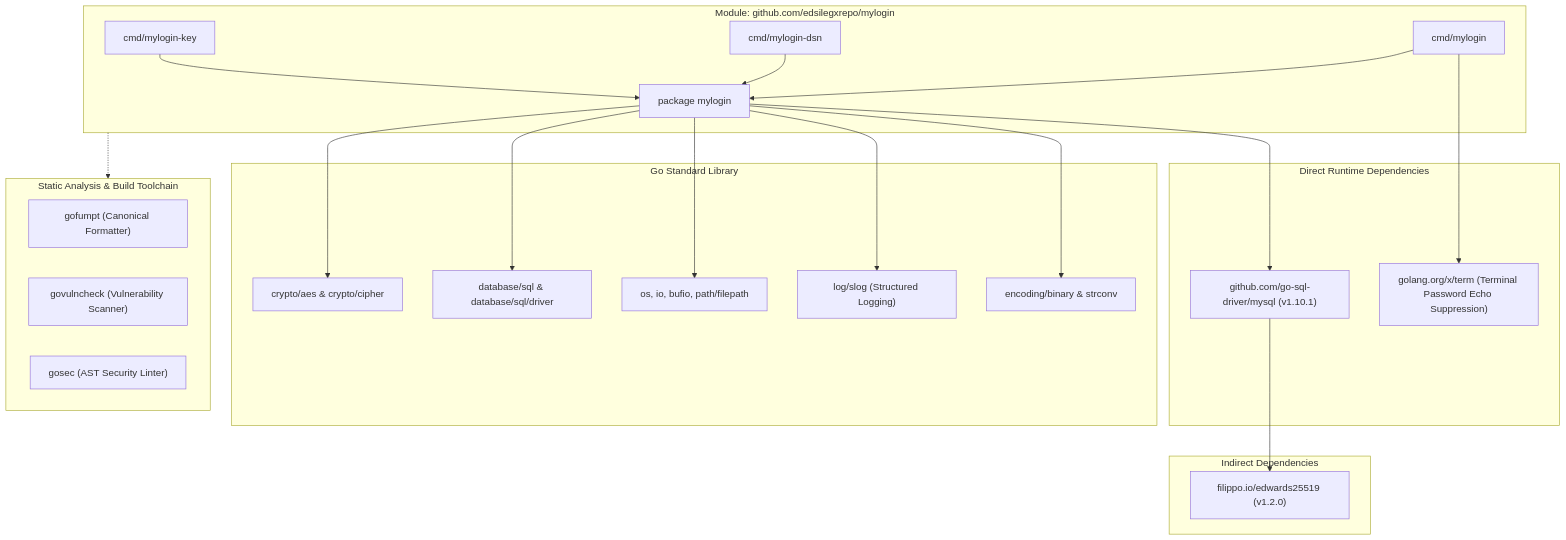
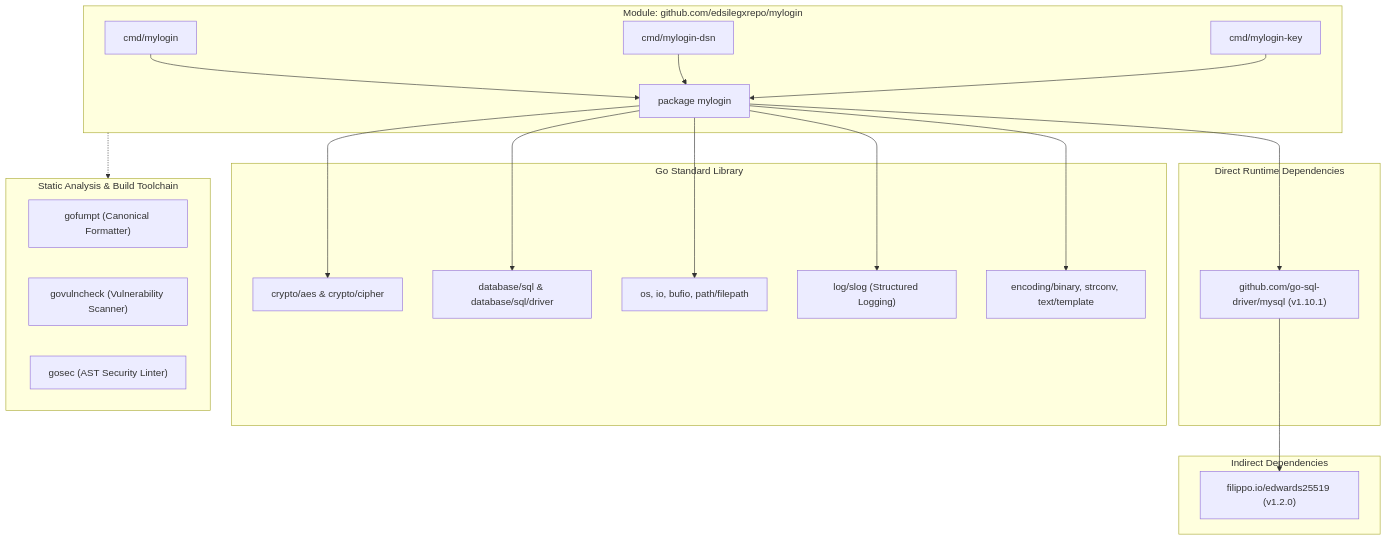
Before and after one commit to edsilegxrepo/mylogin: the third of 4 diagrams in ARCHITECTURE.md, drawn with Mermaid. The commit also changed other lines of this file and 2 other files, not shown here.

Commit message:
docs: reconcile README, ARCHITECTURE, and TESTING documentation with codebase

````diff
--- a/ARCHITECTURE.md
+++ b/ARCHITECTURE.md
@@ -220,45 +220,43 @@
 ```mermaid
 graph TD
     subgraph CoreRepo["Module: github.com/edsilegxrepo/mylogin"]
         RootPkg["package mylogin"]
         CmdMain["cmd/mylogin"]
         CmdDSN["cmd/mylogin-dsn"]
         CmdKey["cmd/mylogin-key"]
     end
 
     subgraph DirectDeps["Direct Runtime Dependencies"]
         D1["github.com/go-sql-driver/mysql (v1.10.1)"]
-        D2["golang.org/x/term (Terminal Password Echo Suppression)"]
     end
 
     subgraph IndirectDeps["Indirect Dependencies"]
         ID1["filippo.io/edwards25519 (v1.2.0)"]
     end
 
     subgraph StdLib["Go Standard Library"]
         SL1["crypto/aes & crypto/cipher"]
         SL2["database/sql & database/sql/driver"]
         SL3["os, io, bufio, path/filepath"]
         SL4["log/slog (Structured Logging)"]
-        SL5["encoding/binary & strconv"]
+        SL5["encoding/binary, strconv, text/template"]
     end
 
     subgraph BuildTools["Static Analysis & Build Toolchain"]
         BT1["gofumpt (Canonical Formatter)"]
         BT2["govulncheck (Vulnerability Scanner)"]
         BT3["gosec (AST Security Linter)"]
     end
 
     RootPkg --> SL1
     RootPkg --> SL2
     RootPkg --> SL3
     RootPkg --> SL4
     RootPkg --> SL5
     RootPkg --> D1
-    CmdMain --> D2
     CmdMain --> RootPkg
     CmdDSN --> RootPkg
     CmdKey --> RootPkg
     D1 --> ID1
     CoreRepo -.-> BuildTools
 ```
````
